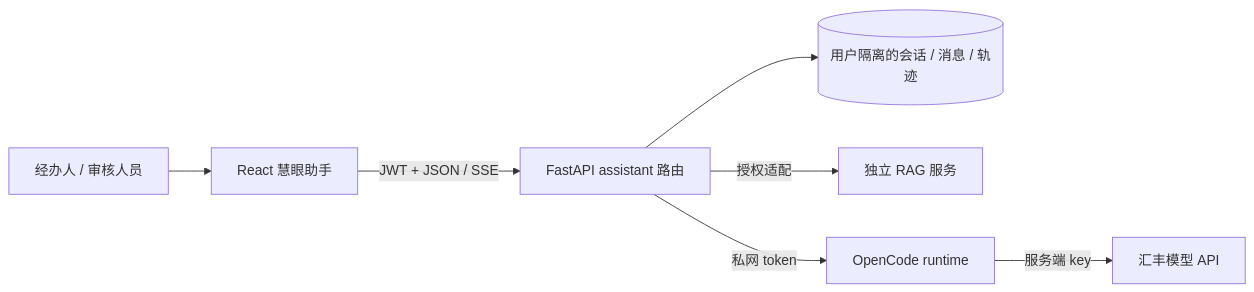
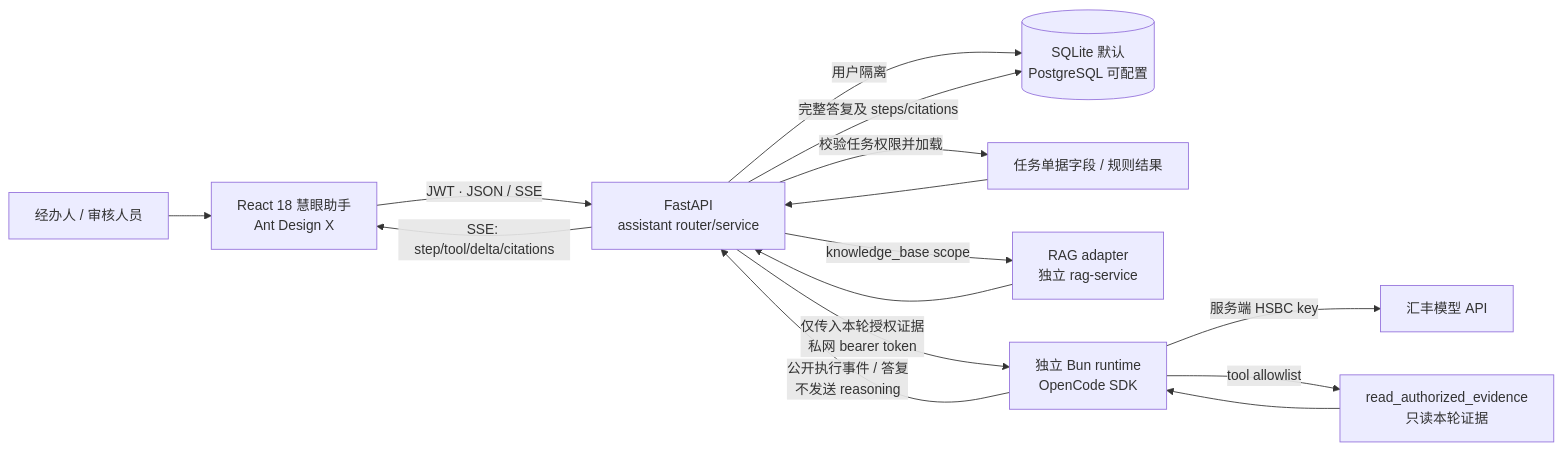
Before and after one commit to HBCN-AI-Campaign/HBCN-AI-Campaign-Team8: the first of 2 diagrams in docs/ai-assistant/README.md, drawn with Mermaid. The commit also changed other lines of this file and 4 other files, not shown here.

````diff
--- a/docs/ai-assistant/README.md
+++ b/docs/ai-assistant/README.md
@@ -18,9 +18,17 @@
 ```mermaid
 flowchart LR
-  U[经办人 / 审核人员] --> UI[React 慧眼助手]
-  UI -->|JWT + JSON / SSE| API[FastAPI assistant 路由]
-  API --> DB[(用户隔离的会话 / 消息 / 轨迹)]
-  API -->|授权适配| RAG[独立 RAG 服务]
-  API -->|私网 token| RT[OpenCode runtime]
-  RT -->|服务端 key| HSBC[汇丰模型 API]
+  U[经办人 / 审核人员] --> UI[React 18 慧眼助手<br/>Ant Design X]
+  UI -->|JWT · JSON / SSE| API[FastAPI<br/>assistant router/service]
+  API -->|用户隔离| DB[(SQLite 默认<br/>PostgreSQL 可配置)]
+  API -->|校验任务权限并加载| TASK[任务单据字段 / 规则结果]
+  API -->|knowledge_base scope| RAG[RAG adapter<br/>独立 rag-service]
+  API -->|仅传入本轮授权证据<br/>私网 bearer token| RT[独立 Bun runtime<br/>OpenCode SDK]
+  RT -->|服务端 HSBC key| HSBC[汇丰模型 API]
+  RT -->|tool allowlist| TOOL[read_authorized_evidence<br/>只读本轮证据]
+  TASK --> API
+  RAG --> API
+  TOOL --> RT
+  RT -->|公开执行事件 / 答复<br/>不发送 reasoning| API
+  API -->|SSE: step/tool/delta/citations| UI
+  API -->|完整答复及 steps/citations| DB
 ```
````
